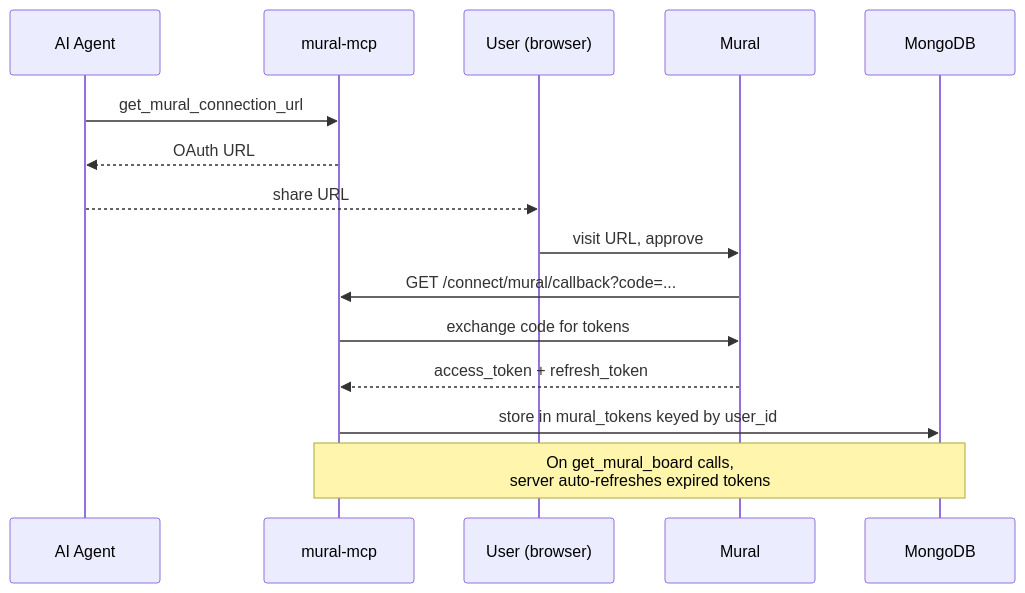
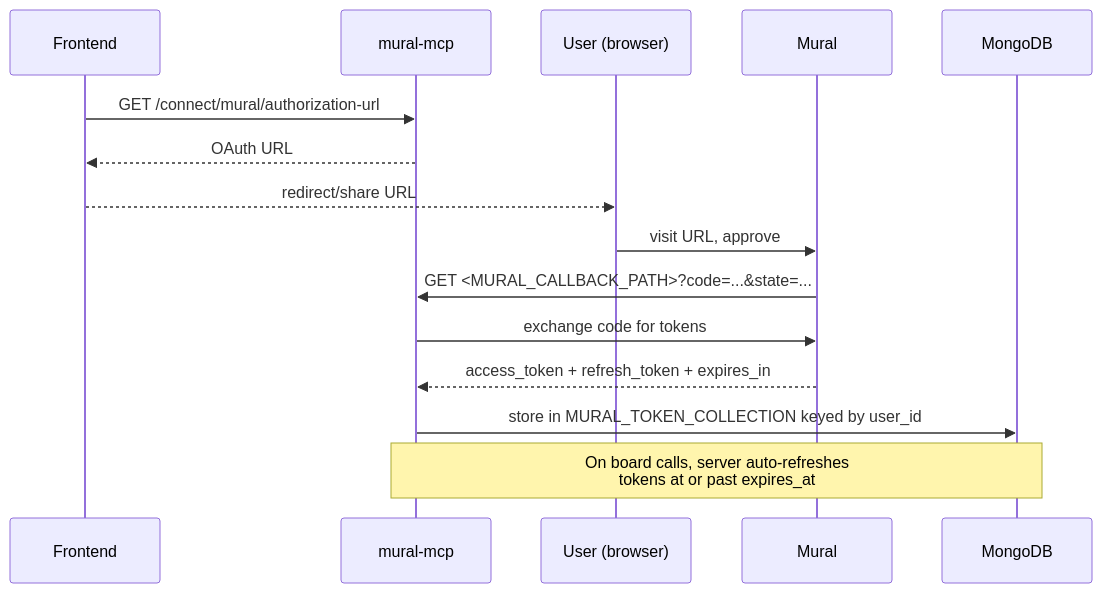
The second of 3 diagrams in README.md (DEFRA/mural-mcp), drawn with Mermaid before and after one commit. The commit also changed other lines of this file and 163 other files, not shown here.

````diff
--- a/README.md
+++ b/README.md
@@ -74,18 +110,18 @@
 ```mermaid
 sequenceDiagram
-    participant Agent as AI Agent
+    participant Frontend as Frontend
     participant Server as mural-mcp
     participant User as User (browser)
     participant Mural as Mural
     participant Mongo as MongoDB
 
-    Agent->>Server: get_mural_connection_url
-    Server-->>Agent: OAuth URL
-    Agent-->>User: share URL
+    Frontend->>Server: GET /connect/mural/authorization-url
+    Server-->>Frontend: OAuth URL
+    Frontend-->>User: redirect/share URL
     User->>Mural: visit URL, approve
-    Mural->>Server: GET /connect/mural/callback?code=...
+    Mural->>Server: GET <MURAL_CALLBACK_PATH>?code=...&state=...
     Server->>Mural: exchange code for tokens
-    Mural-->>Server: access_token + refresh_token
-    Server->>Mongo: store in mural_tokens keyed by user_id
-    Note over Server,Mongo: On get_mural_board calls,<br/>server auto-refreshes expired tokens
+    Mural-->>Server: access_token + refresh_token + expires_in
+    Server->>Mongo: store in MURAL_TOKEN_COLLECTION keyed by user_id
+    Note over Server,Mongo: On board calls, server auto-refreshes<br/>tokens at or past expires_at
 ```
````
